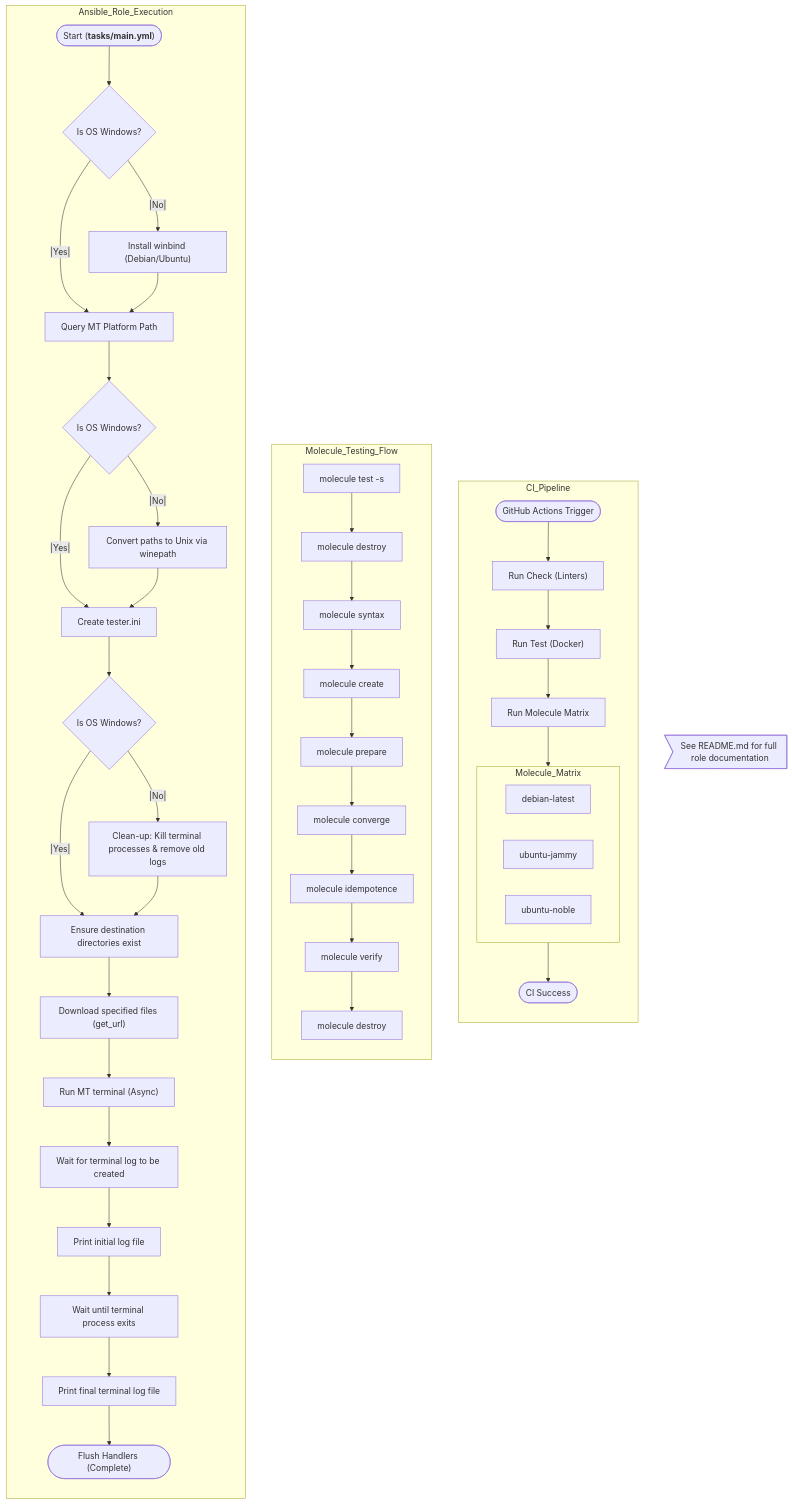
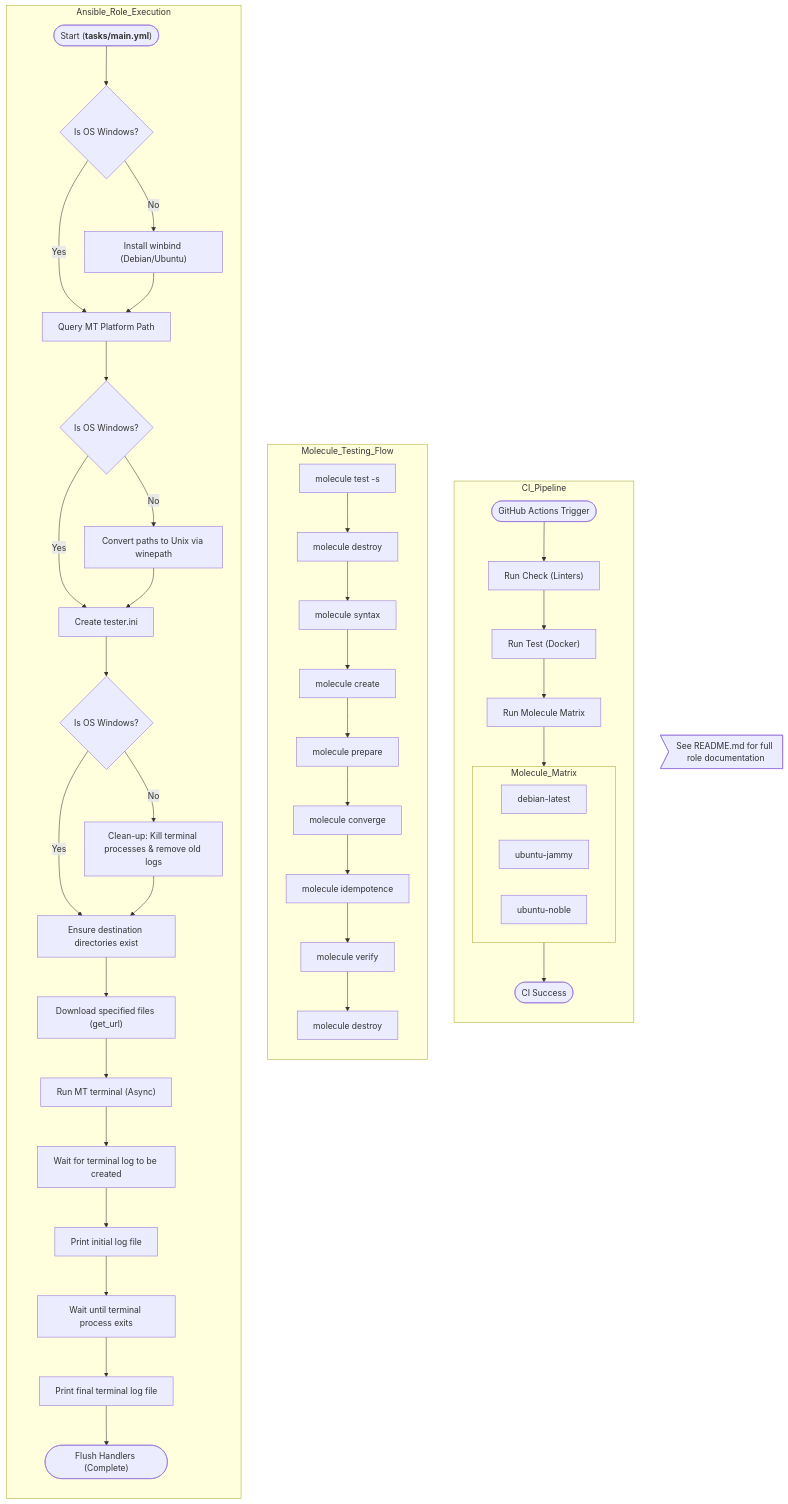
The diagram in docs/FLOWS.mmd (EA31337/ansible-role-mt-runner), drawn with Mermaid before and after one commit. The commit also changed 2 other files, not shown here.

Commit message:
Fixed Mermaid parsing and Jinja/YAML.

```diff
--- a/docs/FLOWS.mmd
+++ b/docs/FLOWS.mmd
@@ -1,53 +1,53 @@
 %% Flowchart for ea31337.mt_runner role execution
 flowchart TD
     DocRef>"See README.md for full role documentation"]
 
     subgraph CI_Pipeline [CI_Pipeline]
         direction TB
         CI_Trigger(["GitHub Actions Trigger"]) --> CI_Check["Run Check (Linters)"]
         CI_Check --> CI_Test["Run Test (Docker)"]
         CI_Test --> CI_Molecule["Run Molecule Matrix"]
         subgraph Molecule_Matrix [Molecule_Matrix]
             direction LR
             M_Debian["debian-latest"]
             M_Jammy["ubuntu-jammy"]
             M_Noble["ubuntu-noble"]
         end
         CI_Molecule --> Molecule_Matrix
         Molecule_Matrix --> CI_Complete(["CI Success"])
     end
 
     subgraph Molecule_Testing_Flow [Molecule_Testing_Flow]
         direction TB
         M_Start["molecule test -s <scenario>"] --> M_Destroy["molecule destroy"]
         M_Destroy --> M_Syntax["molecule syntax"]
         M_Syntax --> M_Create["molecule create"]
         M_Create --> M_Prepare["molecule prepare"]
         M_Prepare --> M_Converge["molecule converge"]
         M_Converge --> M_Idempotence["molecule idempotence"]
         M_Idempotence --> M_Verify["molecule verify"]
         M_Verify --> M_Destroy_Final["molecule destroy"]
     end
 
     subgraph Ansible_Role_Execution [Ansible_Role_Execution]
         direction TB
         Start(["`Start (**tasks/main.yml**)`"]) --> OSCheck1{"Is OS Windows?"}
-        OSCheck1 --|No|--> InstallWinbind["Install winbind (Debian/Ubuntu)"]
-        OSCheck1 --|Yes|--> QueryPath["Query MT Platform Path"]
+        OSCheck1 -->|No| InstallWinbind["Install winbind (Debian/Ubuntu)"]
+        OSCheck1 -->|Yes| QueryPath["Query MT Platform Path"]
         InstallWinbind --> QueryPath
         QueryPath --> OSCheck2{"Is OS Windows?"}
-        OSCheck2 --|No|--> ConvertPaths["Convert paths to Unix via winepath"]
-        OSCheck2 --|Yes|--> CreateTesterIni["Create tester.ini"]
+        OSCheck2 -->|No| ConvertPaths["Convert paths to Unix via winepath"]
+        OSCheck2 -->|Yes| CreateTesterIni["Create tester.ini"]
         ConvertPaths --> CreateTesterIni
         CreateTesterIni --> OSCheck3{"Is OS Windows?"}
-        OSCheck3 --|No|--> Cleanup["Clean-up: Kill terminal processes & remove old logs"]
-        OSCheck3 --|Yes|--> EnsureDirs["Ensure destination directories exist"]
+        OSCheck3 -->|No| Cleanup["Clean-up: Kill terminal processes & remove old logs"]
+        OSCheck3 -->|Yes| EnsureDirs["Ensure destination directories exist"]
         Cleanup --> EnsureDirs
         EnsureDirs --> DownloadFiles["Download specified files (get_url)"]
         DownloadFiles --> RunTerminal["Run MT terminal (Async)"]
         RunTerminal --> WaitLog["Wait for terminal log to be created"]
         WaitLog --> PrintLog["Print initial log file"]
         PrintLog --> WaitExit["Wait until terminal process exits"]
         WaitExit --> PrintFinalLog["Print final terminal log file"]
         PrintFinalLog --> End(["Flush Handlers (Complete)"])
     end
```
